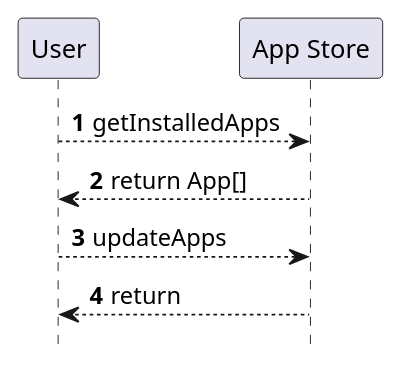
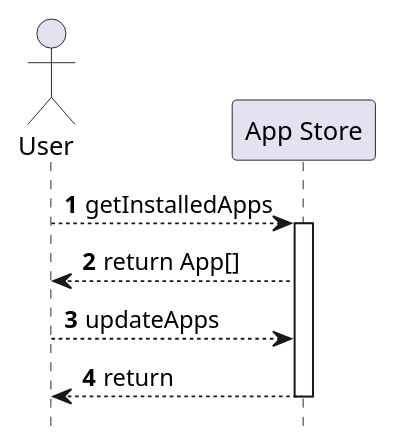
The diagram in src/appstore_sequence_2.puml (notfirefox/swea-project), drawn with PlantUML before and after one commit. The commit also changed 4 other files, not shown here.

Commit message:
Updated Appstore sequencediegrams

```diff
--- a/src/appstore_sequence_2.puml
+++ b/src/appstore_sequence_2.puml
@@ -1,14 +1,14 @@
 @startuml
 
 autonumber
 hide footbox
 
-participant user as "User"
+actor User
 participant appStore as "App Store"
 
-user --> appStore: getInstalledApps
-appStore --> user: return App[]
-user --> appStore: updateApps
-appStore --> user: return
+User --> appStore++: getInstalledApps
+appStore --> User: return App[]
+User --> appStore: updateApps
+appStore --> User--: return
 
 @enduml
```
